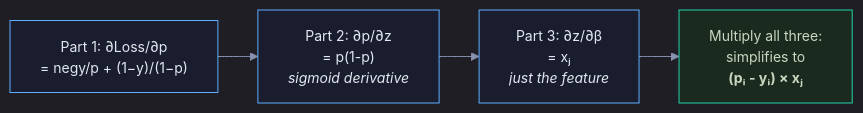
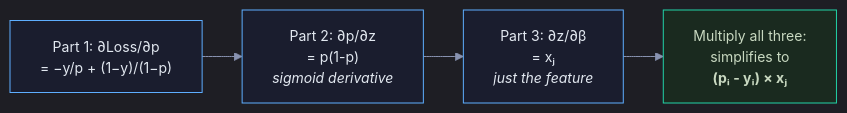
Before and after one commit to snehith1234/StudyCircle: the fifth of 9 diagrams in Documents/Visual_Guides/ML_Concepts/Logistic_Regression_Visual.md, drawn with Mermaid. The commit also changed other lines of this file and 7 other files, not shown here.

Commit message:
Fix minus/neg in Mermaid: use proper − symbol instead of words

````diff
--- a/Documents/Visual_Guides/ML_Concepts/Logistic_Regression_Visual.md
+++ b/Documents/Visual_Guides/ML_Concepts/Logistic_Regression_Visual.md
@@ -171,12 +171,12 @@
 ```mermaid
 %%{init: {'theme': 'dark', 'themeVariables': {'darkMode': true, 'background': '#0e1117', 'primaryColor': '#1a1d2e', 'primaryTextColor': '#e2e8f0', 'primaryBorderColor': '#2d3148', 'lineColor': '#8892b0', 'secondaryColor': '#252840', 'tertiaryColor': '#1a1d2e', 'fontSize': '14px', 'edgeLabelBackground': '#0e1117'}, 'flowchart': {'nodeSpacing': 30, 'rankSpacing': 40, 'padding': 15, 'htmlLabels': true}}}%%
 graph LR
-    C1["Part 1: ∂Loss/∂p<br/>= negy/p + (1−y)/(1−p)"] --> C2["Part 2: ∂p/∂z<br/>= p(1-p)<br/><i>sigmoid derivative</i>"]
+    C1["Part 1: ∂Loss/∂p<br/>= −y/p + (1−y)/(1−p)"] --> C2["Part 2: ∂p/∂z<br/>= p(1-p)<br/><i>sigmoid derivative</i>"]
     C2 --> C3["Part 3: ∂z/∂β<br/>= xⱼ<br/><i>just the feature</i>"]
     C3 --> RESULT["Multiply all three:<br/>simplifies to<br/><b>(pᵢ - yᵢ) × xⱼ</b>"]
 
     style C1 fill:#1a1d2e,stroke:#5eaeff,color:#e2e8f0
     style C2 fill:#1a1d2e,stroke:#5eaeff,color:#e2e8f0
     style C3 fill:#1a1d2e,stroke:#5eaeff,color:#e2e8f0
     style RESULT fill:#1a2a1f,stroke:#22d3a7,color:#c8d8c0
 ```
````
